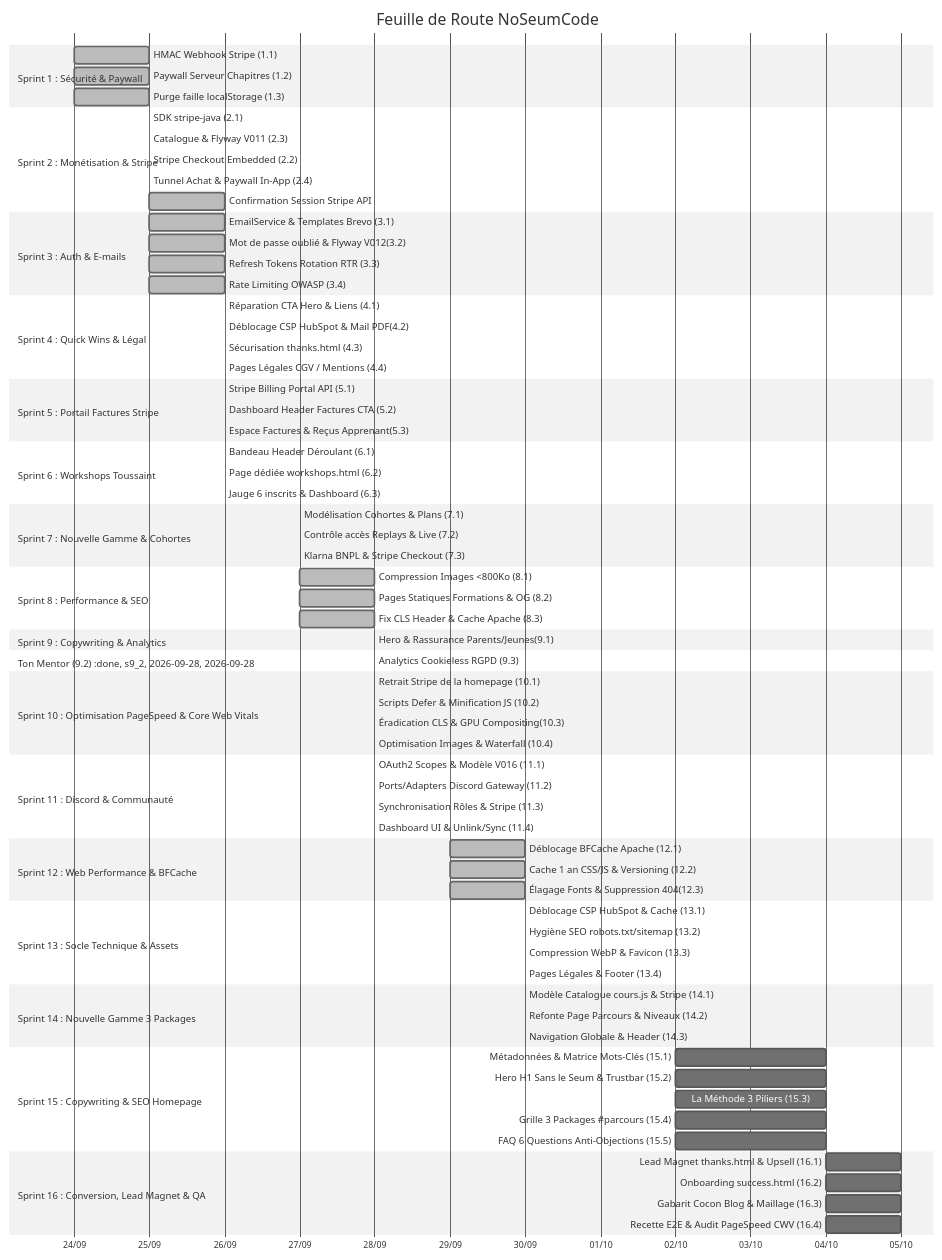
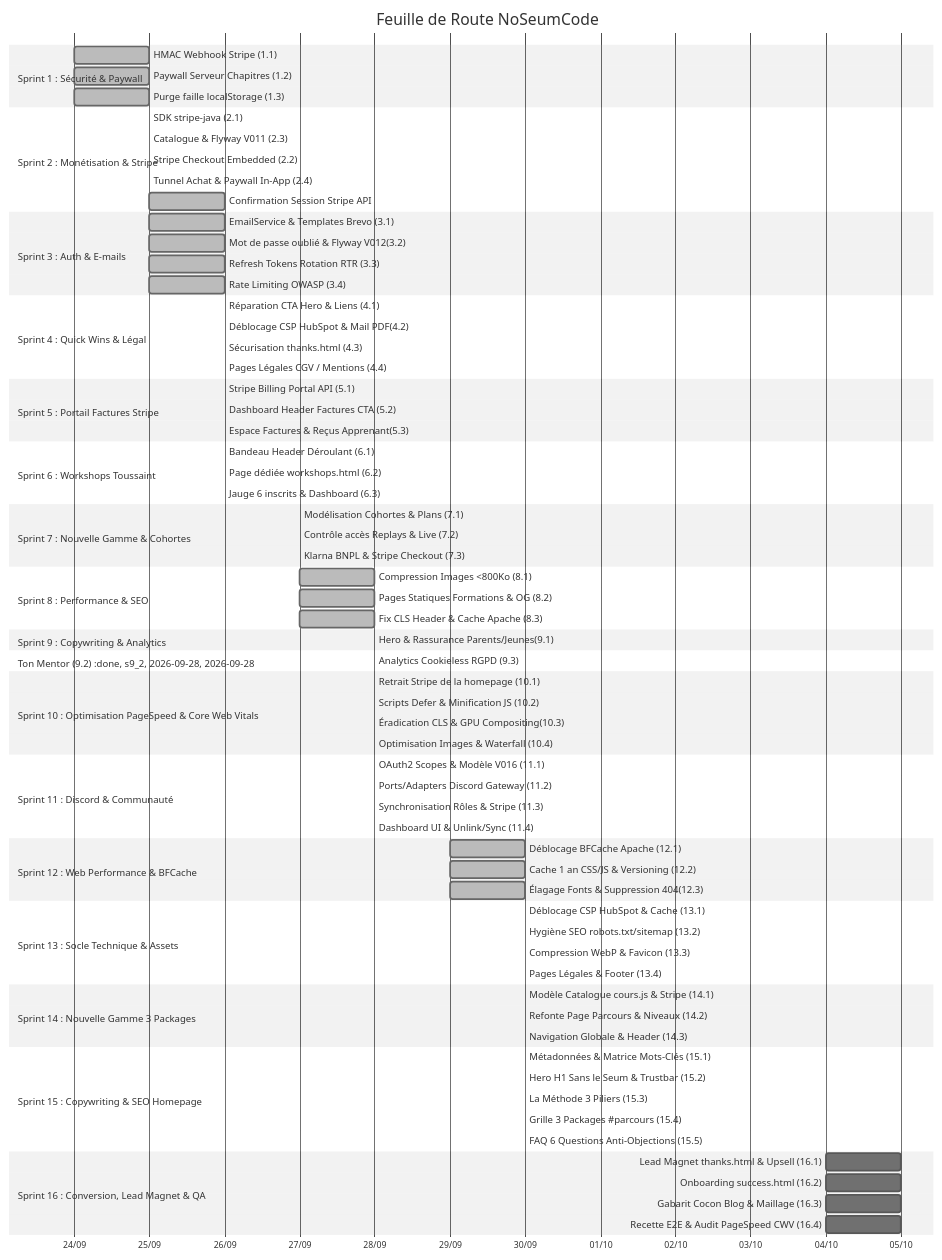
Before and after one commit to cedricrgt/noSeumCode: the diagram in docs/ai/ROADMAP.md, drawn with Mermaid (neutral theme). The commit also changed other lines of this file and 7 other files, not shown here.

```diff
--- a/docs/ai/ROADMAP.md
+++ b/docs/ai/ROADMAP.md
@@ -114,11 +114,11 @@
     Navigation Globale & Header (14.3)       :done, s14_3, 2026-09-30, 2026-09-30
 
     section Sprint 15 : Copywriting & SEO Homepage
-    Métadonnées & Matrice Mots-Clés (15.1)   :s15_1, 2026-10-02, 2026-10-04
-    Hero H1 Sans le Seum & Trustbar (15.2)   :s15_2, 2026-10-02, 2026-10-04
-    La Méthode 3 Piliers (15.3)              :s15_3, 2026-10-02, 2026-10-04
-    Grille 3 Packages #parcours (15.4)       :s15_4, 2026-10-02, 2026-10-04
-    FAQ 6 Questions Anti-Objections (15.5)   :s15_5, 2026-10-02, 2026-10-04
+    Métadonnées & Matrice Mots-Clés (15.1)   :done, s15_1, 2026-09-30, 2026-09-30
+    Hero H1 Sans le Seum & Trustbar (15.2)   :done, s15_2, 2026-09-30, 2026-09-30
+    La Méthode 3 Piliers (15.3)              :done, s15_3, 2026-09-30, 2026-09-30
+    Grille 3 Packages #parcours (15.4)       :done, s15_4, 2026-09-30, 2026-09-30
+    FAQ 6 Questions Anti-Objections (15.5)   :done, s15_5, 2026-09-30, 2026-09-30
 
     section Sprint 16 : Conversion, Lead Magnet & QA
     Lead Magnet thanks.html & Upsell (16.1)  :s16_1, 2026-10-04, 2026-10-05
```
